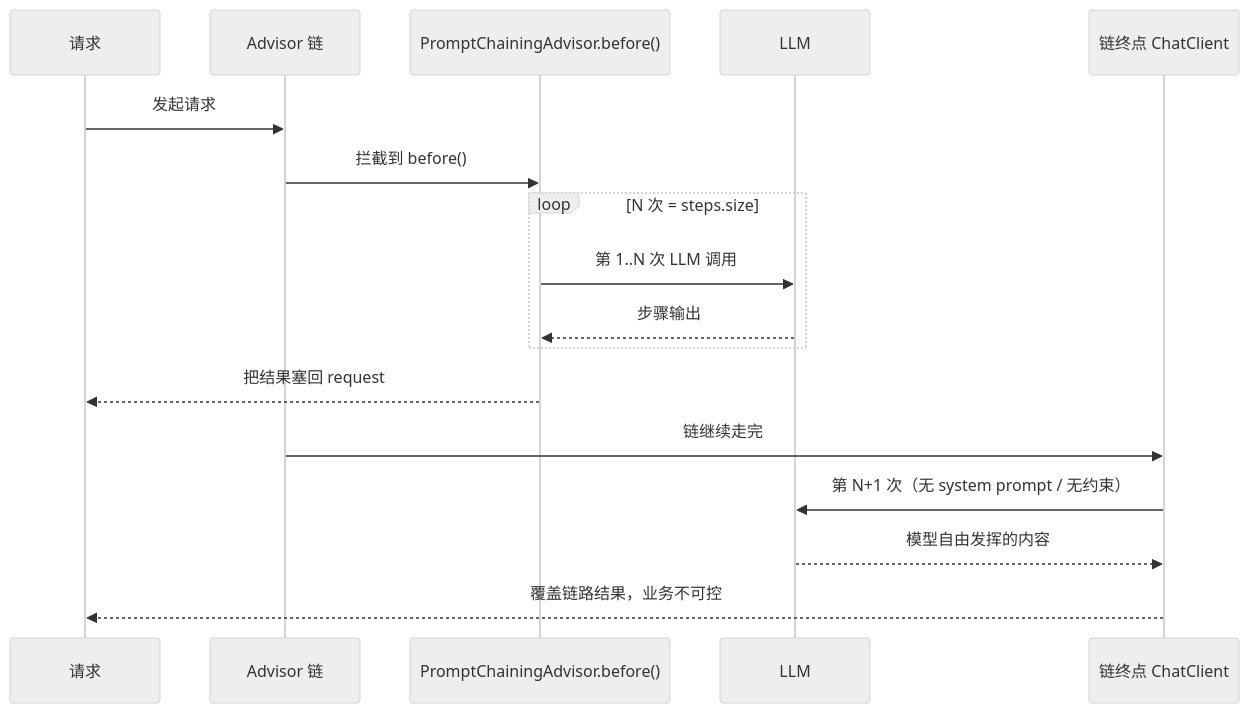
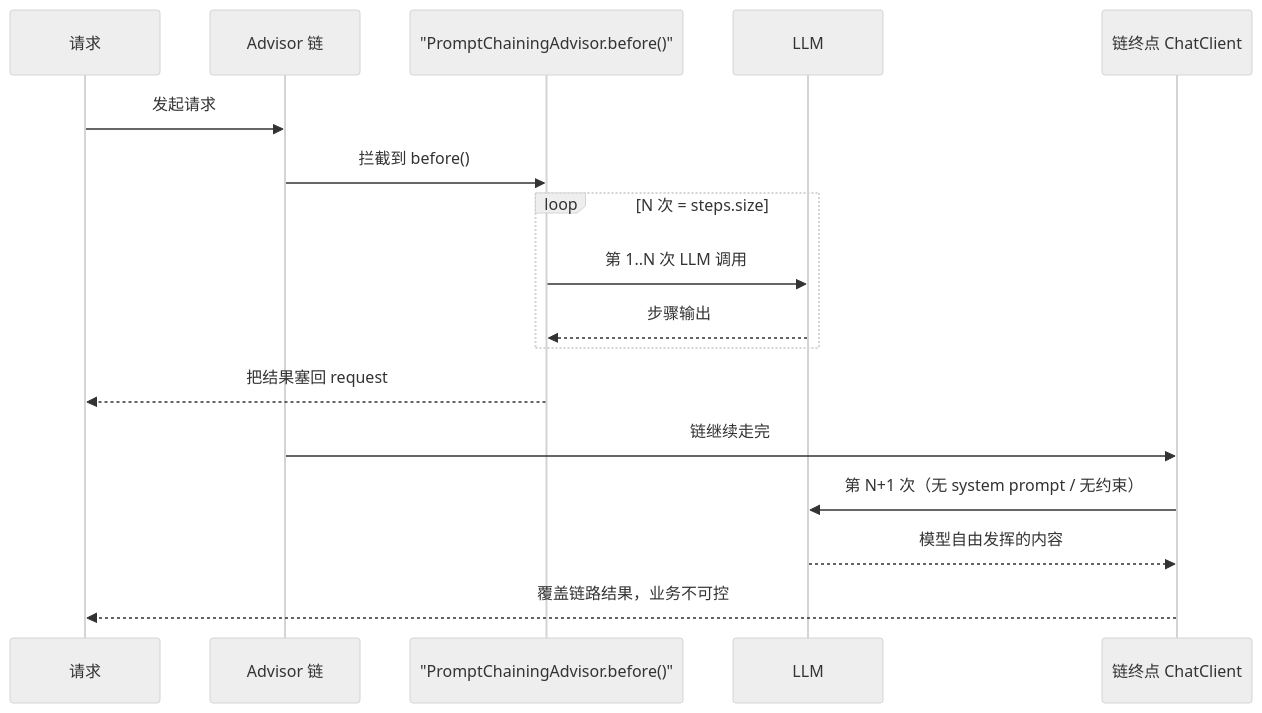
The first of 9 diagrams in docs/tutorials/spring-ai-2.0/11-五大Workflow模式与代码评审助手.md (UranusGit/java-agent-learn), drawn with Mermaid (neutral theme) before and after one commit. The commit also changed 41 other files, not shown here.

First line of the commit message:
docs全库mermaid复核修复：补ER图、ASCII转mermaid/表格、删重复图、修语义矛盾

````diff
--- a/docs/tutorials/spring-ai-2.0/11-五大Workflow模式与代码评审助手.md
+++ b/docs/tutorials/spring-ai-2.0/11-五大Workflow模式与代码评审助手.md
@@ -82,20 +82,20 @@
 ```mermaid
 sequenceDiagram
     participant REQ as 请求
     participant CH as Advisor 链
-    participant PB as PromptChainingAdvisor.before()
+    participant PB as "PromptChainingAdvisor.before()"
     participant LM as LLM
     participant CC as 链终点 ChatClient
 
     REQ->>CH: 发起请求
     CH->>PB: 拦截到 before()
     loop N 次 = steps.size
         PB->>LM: 第 1..N 次 LLM 调用
         LM-->>PB: 步骤输出
     end
     PB-->>REQ: 把结果塞回 request
     CH->>CC: 链继续走完
     CC->>LM: 第 N+1 次（无 system prompt / 无约束）
     LM-->>CC: 模型自由发挥的内容
     CC-->>REQ: 覆盖链路结果，业务不可控
 ```
````
